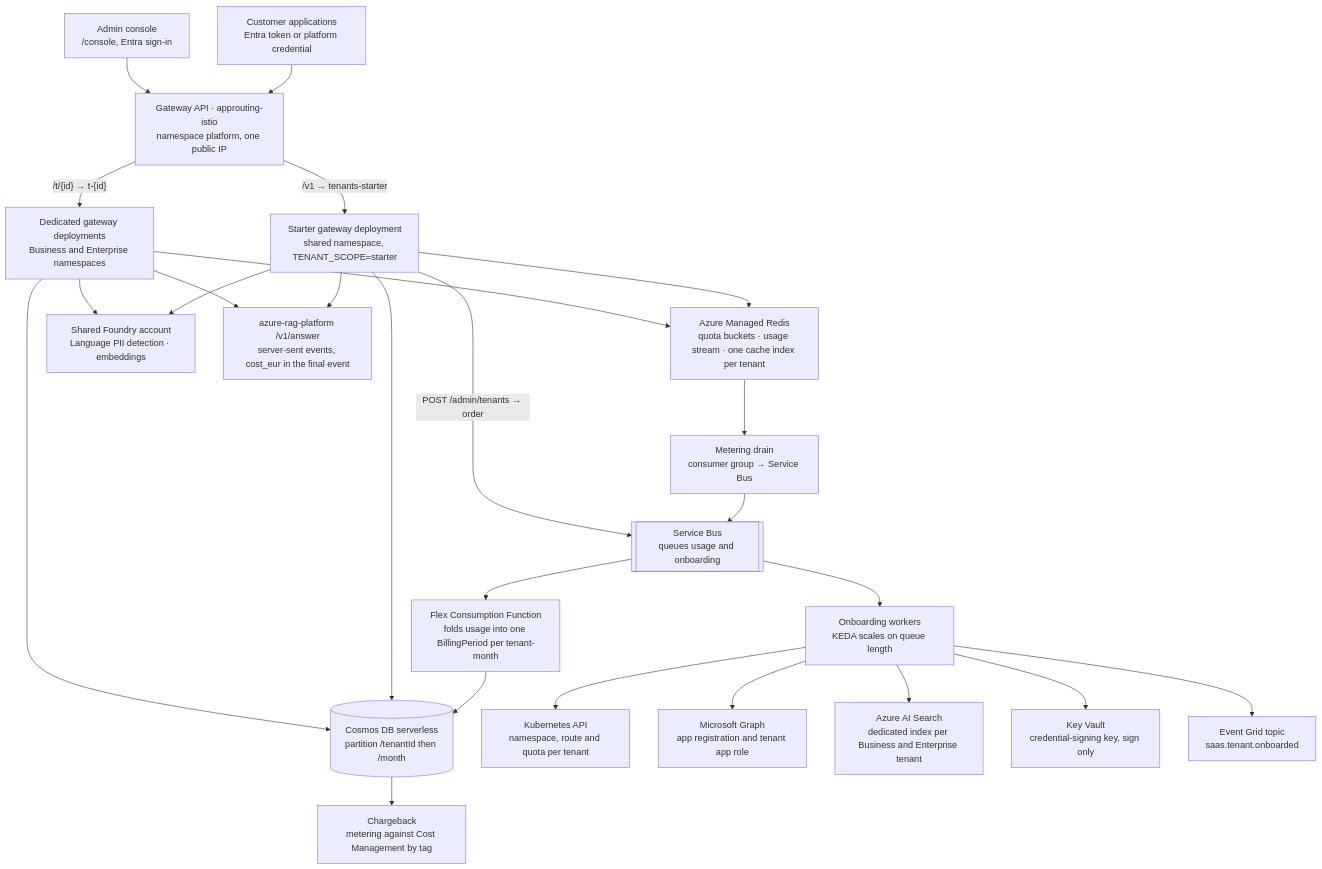
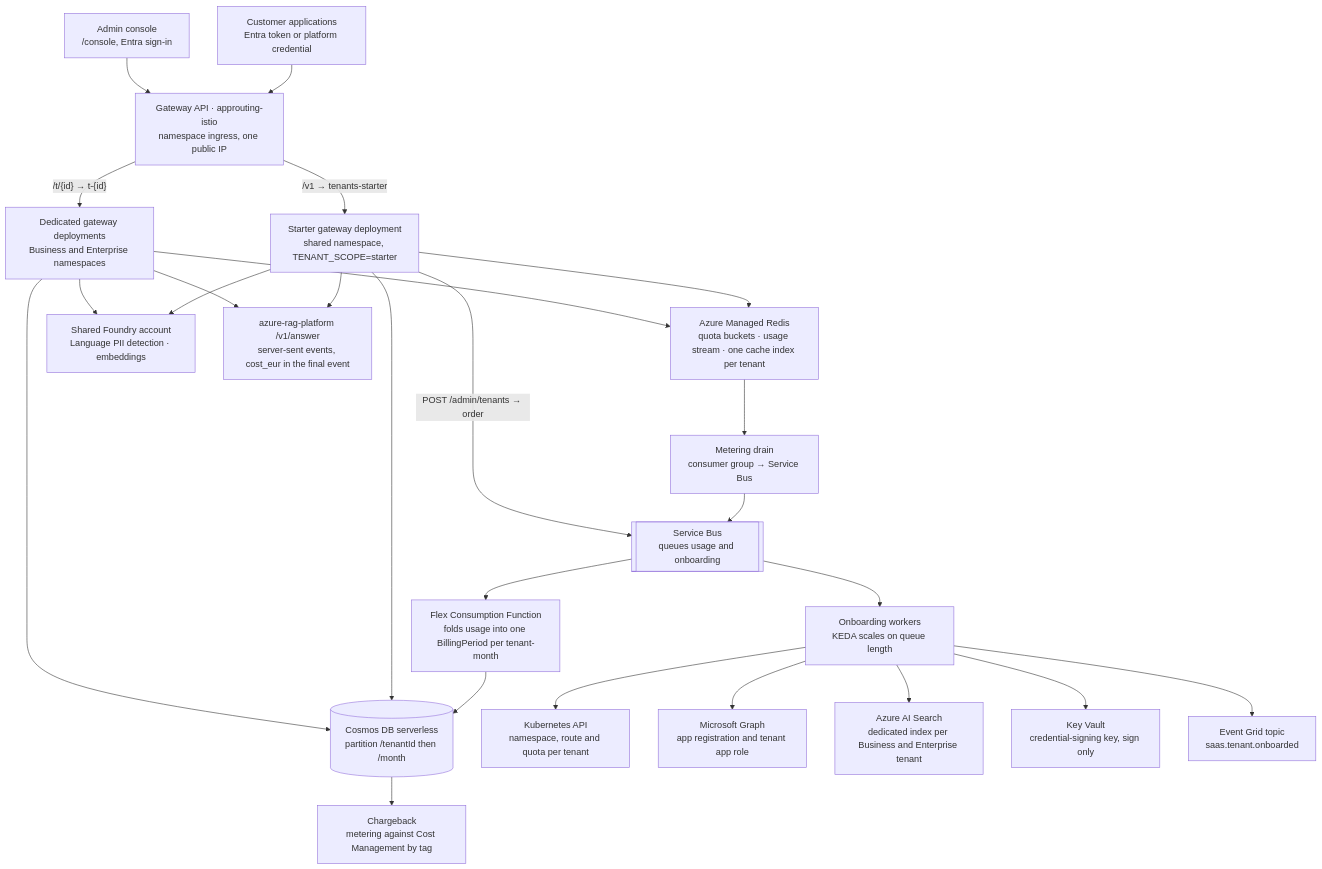
The first of 4 diagrams in docs/architecture.md (Rodrigo-GomezdelMoral/azure-ai-saas-platform), drawn with Mermaid before and after one commit. The commit also changed other lines of this file and 43 other files, not shown here.

````diff
--- a/docs/architecture.md
+++ b/docs/architecture.md
@@ -12,27 +12,27 @@
 ```mermaid
 graph TB
-    C["Customer applications<br/>Entra token or platform credential"] --> GW["Gateway API · approuting-istio<br/>namespace platform, one public IP"]
+    C["Customer applications<br/>Entra token or platform credential"] --> GW["Gateway API · approuting-istio<br/>namespace ingress, one public IP"]
     ADM["Admin console<br/>/console, Entra sign-in"] --> GW
     GW -->|"/v1 → tenants-starter"| S["Starter gateway deployment<br/>shared namespace, TENANT_SCOPE=starter"]
     GW -->|"/t/{id} → t-{id}"| D["Dedicated gateway deployments<br/>Business and Enterprise namespaces"]
     S --> R["Azure Managed Redis<br/>quota buckets · usage stream · one cache index per tenant"]
     D --> R
     S --> F["Shared Foundry account<br/>Language PII detection · embeddings"]
     D --> F
     S --> RAG["azure-rag-platform /v1/answer<br/>server-sent events, cost_eur in the final event"]
     D --> RAG
     R --> MD["Metering drain<br/>consumer group → Service Bus"]
     MD --> SB[["Service Bus<br/>queues usage and onboarding"]]
     SB --> FN["Flex Consumption Function<br/>folds usage into one BillingPeriod per tenant-month"]
     FN --> COS[("Cosmos DB serverless<br/>partition /tenantId then /month")]
     S --> COS
     D --> COS
     S -->|"POST /admin/tenants → order"| SB
     SB --> ONB["Onboarding workers<br/>KEDA scales on queue length"]
     ONB --> K8S["Kubernetes API<br/>namespace, route and quota per tenant"]
     ONB --> GRAPH["Microsoft Graph<br/>app registration and tenant app role"]
     ONB --> SRCH["Azure AI Search<br/>dedicated index per Business and Enterprise tenant"]
     ONB --> KV["Key Vault<br/>credential-signing key, sign only"]
     ONB --> EG["Event Grid topic<br/>saas.tenant.onboarded"]
     COS --> CB["Chargeback<br/>metering against Cost Management by tag"]
 ```
````
